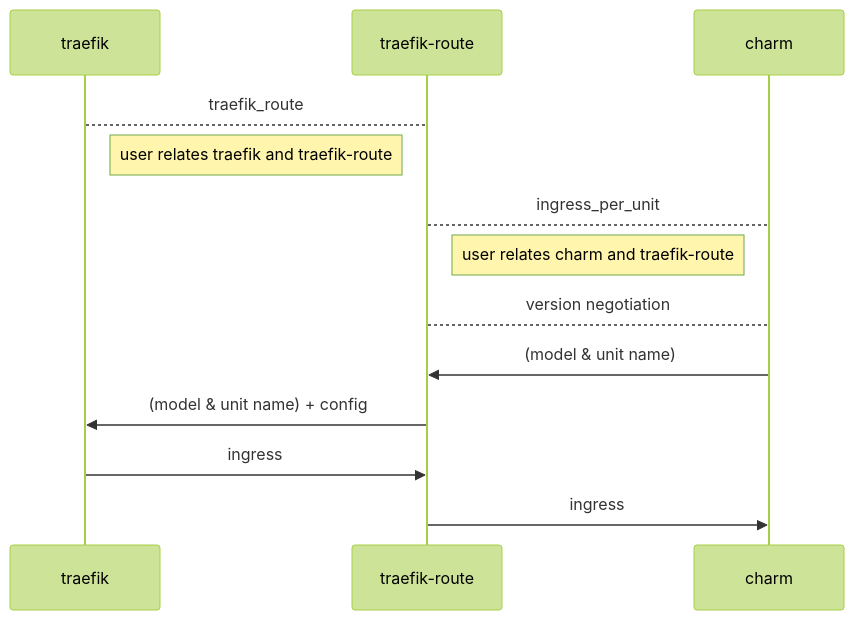
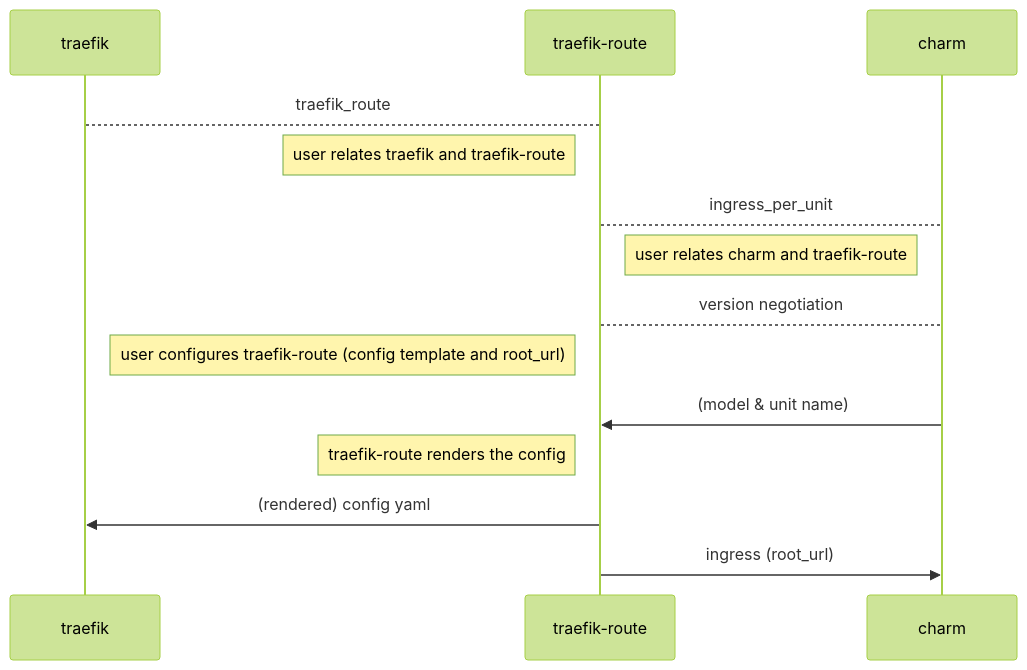
Before and after one commit to canonical/traefik-route-k8s-operator: the second of 2 diagrams in README.md, drawn with Mermaid (forest theme). The commit also changed other lines of this file, not shown here.

````diff
--- a/README.md
+++ b/README.md
@@ -38,14 +38,15 @@
 ```mermaid
 sequenceDiagram
     traefik --> traefik-route: traefik_route
     note left of traefik-route: user relates traefik and traefik-route
 
     traefik-route --> charm: ingress_per_unit
     note left of charm: user relates charm and traefik-route
     traefik-route --> charm: version negotiation
+    note left of traefik-route: user configures traefik-route (config template and root_url)
 
     charm ->> traefik-route: (model & unit name)
-    traefik-route ->>  traefik: (model & unit name) + config
-    traefik ->> traefik-route: ingress
-    traefik-route ->> charm: ingress            
+    note left of traefik-route: traefik-route renders the config
+    traefik-route ->>  traefik: (rendered) config yaml
+    traefik-route ->>  charm: ingress (root_url) 
 ```
````
